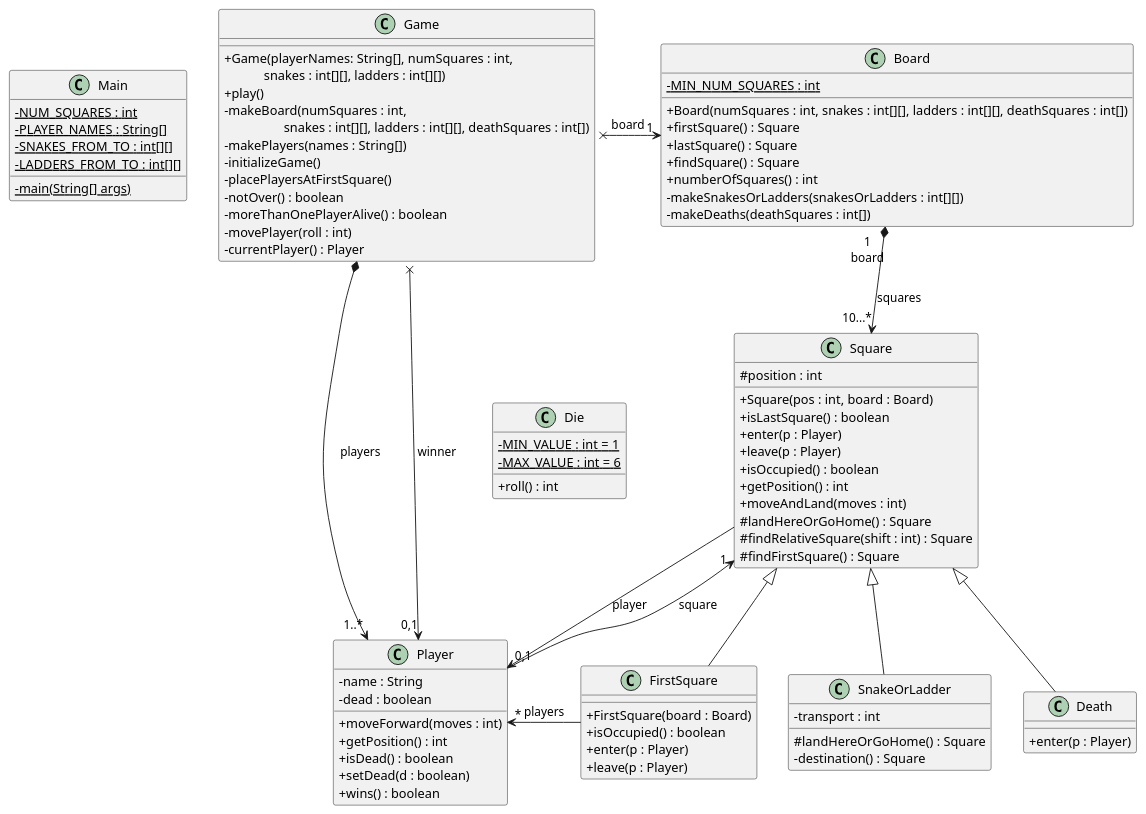
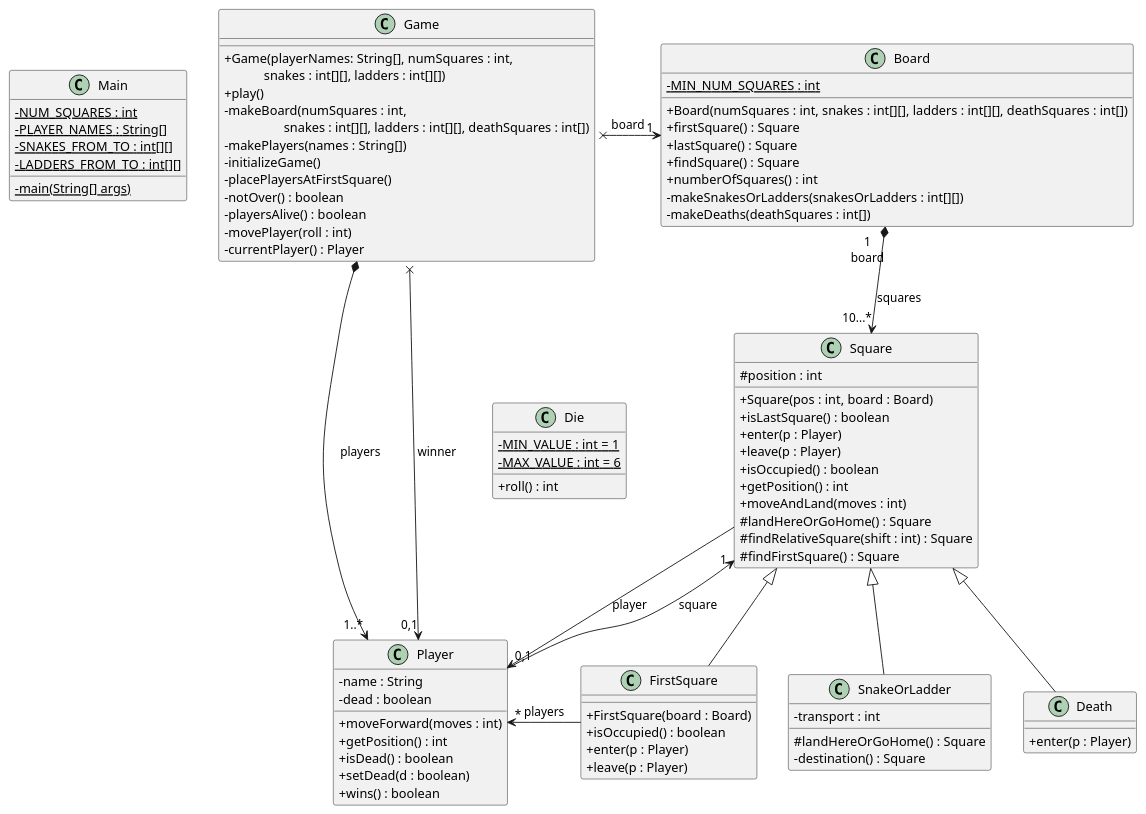
One commit to leonhrt/snakes_and_ladders changed the diagram in src/snakesAndLadders.puml. Above: the diagram before and after it, drawn with PlantUML. The commit also changed 4 other files, not shown here.

```diff
--- a/src/snakesAndLadders.puml
+++ b/src/snakesAndLadders.puml
@@ -1,97 +1,97 @@
 @startuml 
 skinparam classAttributeIconSize 0
 ' this is to use the standard notation for public, protected, private
 
 class Main {
 - {static} NUM_SQUARES : int
 - {static} PLAYER_NAMES : String[]
 - {static} SNAKES_FROM_TO : int[][]
 - {static} LADDERS_FROM_TO : int[][]
 - {static} main(String[] args)
 }
 
 class Game {
     + Game(playerNames: String[], numSquares : int, \n\t    snakes : int[][], ladders : int[][])
     + play()
     - makeBoard(numSquares : int, \n\t\t  snakes : int[][], ladders : int[][], deathSquares : int[])
     - makePlayers(names : String[])
     - initializeGame()
     - placePlayersAtFirstSquare()
     - notOver() : boolean
-    - moreThanOnePlayerAlive() : boolean
+    - playersAlive() : boolean
     - movePlayer(roll : int)
     - currentPlayer() : Player
 }
 
 class Board {
     - {static} MIN_NUM_SQUARES : int
     + Board(numSquares : int, snakes : int[][], ladders : int[][], deathSquares : int[])
     + firstSquare() : Square
     + lastSquare() : Square
     + findSquare() : Square
     + numberOfSquares() : int
     - makeSnakesOrLadders(snakesOrLadders : int[][])
     - makeDeaths(deathSquares : int[])
 }
 
 class Die {
     - {static} MIN_VALUE : int = 1
     - {static} MAX_VALUE : int = 6
     + roll() : int
 }
 
 class Square {
     # position : int
     + Square(pos : int, board : Board)
     + isLastSquare() : boolean
     + enter(p : Player)
     + leave(p : Player)
     + isOccupied() : boolean
     + getPosition() : int
     + moveAndLand(moves : int)
     # landHereOrGoHome() : Square
     # findRelativeSquare(shift : int) : Square
     # findFirstSquare() : Square
 }
 
 class Player {
     - name : String
     - dead : boolean
     + moveForward(moves : int)
     + getPosition() : int
     + isDead() : boolean
     + setDead(d : boolean)
     + wins() : boolean
 }
 
 class SnakeOrLadder extends Square {
     - transport : int
     # landHereOrGoHome() : Square
     - destination() : Square
 }
 
 class Death extends Square {
     + enter(p : Player)
 }
 
 class FirstSquare extends Square {
     + FirstSquare(board : Board)
     + isOccupied() : boolean
     + enter(p : Player)
     + leave(p : Player)
 }
 
 ' relative position of classes not related by association
 ' or composition with hidden arrows
 Main -[hidden]right-> Game
 Game -[hidden]down-> Die
 
 'associations
 Game x--right--> "1" Board : board
 Board "1\nboard" *-down-> "10...*" Square : squares
 Game *-down-> "1..*" Player : players
 Game x-down-> "0,1" Player : winner
 Square -down-> "0,1" Player : player
 Player -up-> "1" Square : square
 FirstSquare -left-> "*" Player : players
 @enduml
```
